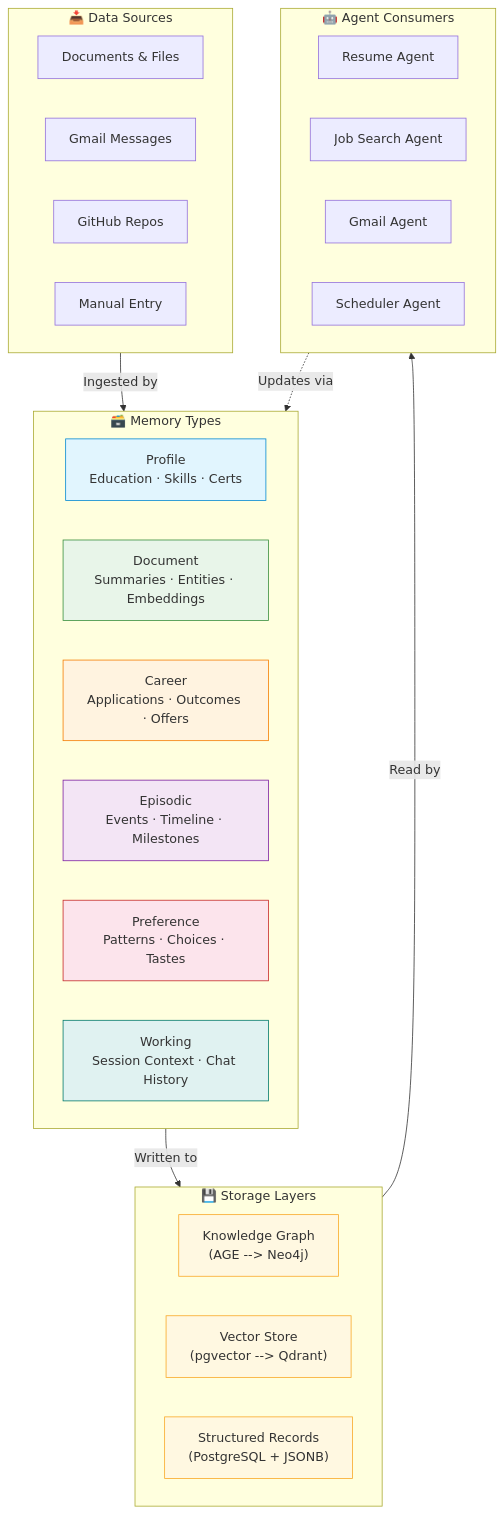
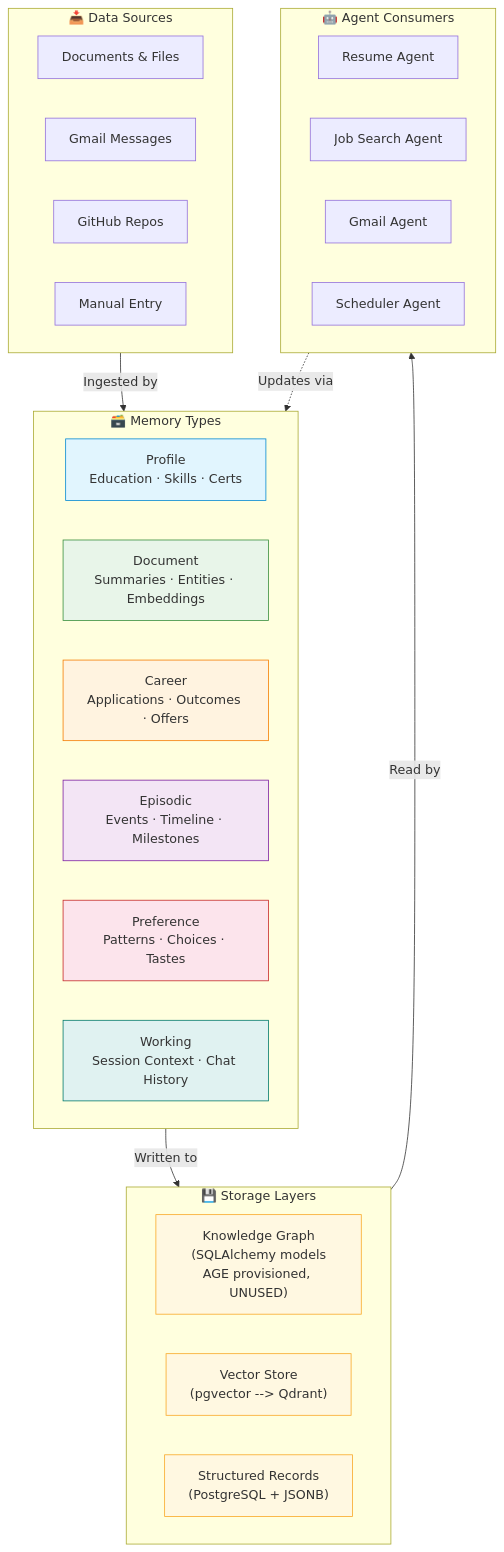
Before and after one commit to Driftloom/Vaeloom: the first of 4 diagrams in docs/ai/Memory.md, drawn with Mermaid. The commit also changed other lines of this file and 159 other files, not shown here.

````diff
--- a/docs/ai/Memory.md
+++ b/docs/ai/Memory.md
@@ -13,46 +16,46 @@
 ```mermaid
 graph TB
     subgraph Sources["📥 Data Sources"]
         Docs[Documents & Files]
         Email[Gmail Messages]
         Code[GitHub Repos]
         Capture[Manual Entry]
     end
 
     subgraph MemoryTypes["🗃️ Memory Types"]
         Profile["Profile<br/>Education · Skills · Certs"]
         Document["Document<br/>Summaries · Entities · Embeddings"]
         Career["Career<br/>Applications · Outcomes · Offers"]
         Episodic["Episodic<br/>Events · Timeline · Milestones"]
         Preference["Preference<br/>Patterns · Choices · Tastes"]
         Working["Working<br/>Session Context · Chat History"]
     end
 
     subgraph Storage["💾 Storage Layers"]
-        KG["Knowledge Graph<br/>(AGE --> Neo4j)"]
+        KG["Knowledge Graph<br/>(SQLAlchemy models<br/>AGE provisioned, UNUSED)"]
         Vector["Vector Store<br/>(pgvector --> Qdrant)"]
         SQL["Structured Records<br/>(PostgreSQL + JSONB)"]
     end
 
     subgraph Agents["🤖 Agent Consumers"]
         Resume[Resume Agent]
         Job[Job Search Agent]
         Gmail[Gmail Agent]
         Scheduler[Scheduler Agent]
     end
 
     Sources -->|Ingested by| MemoryTypes
     MemoryTypes -->|Written to| Storage
     Storage -->|Read by| Agents
     Agents -.->|Updates via| MemoryTypes
 
     style Profile fill:#e1f5fe,stroke:#0288d1
     style Document fill:#e8f5e9,stroke:#388e3c
     style Career fill:#fff3e0,stroke:#f57c00
     style Episodic fill:#f3e5f5,stroke:#7b1fa2
     style Preference fill:#fce4ec,stroke:#c62828
     style Working fill:#e0f2f1,stroke:#00796b
     style KG fill:#fff8e1,stroke:#f9a825
     style Vector fill:#fff8e1,stroke:#f9a825
     style SQL fill:#fff8e1,stroke:#f9a825
 ```
````
